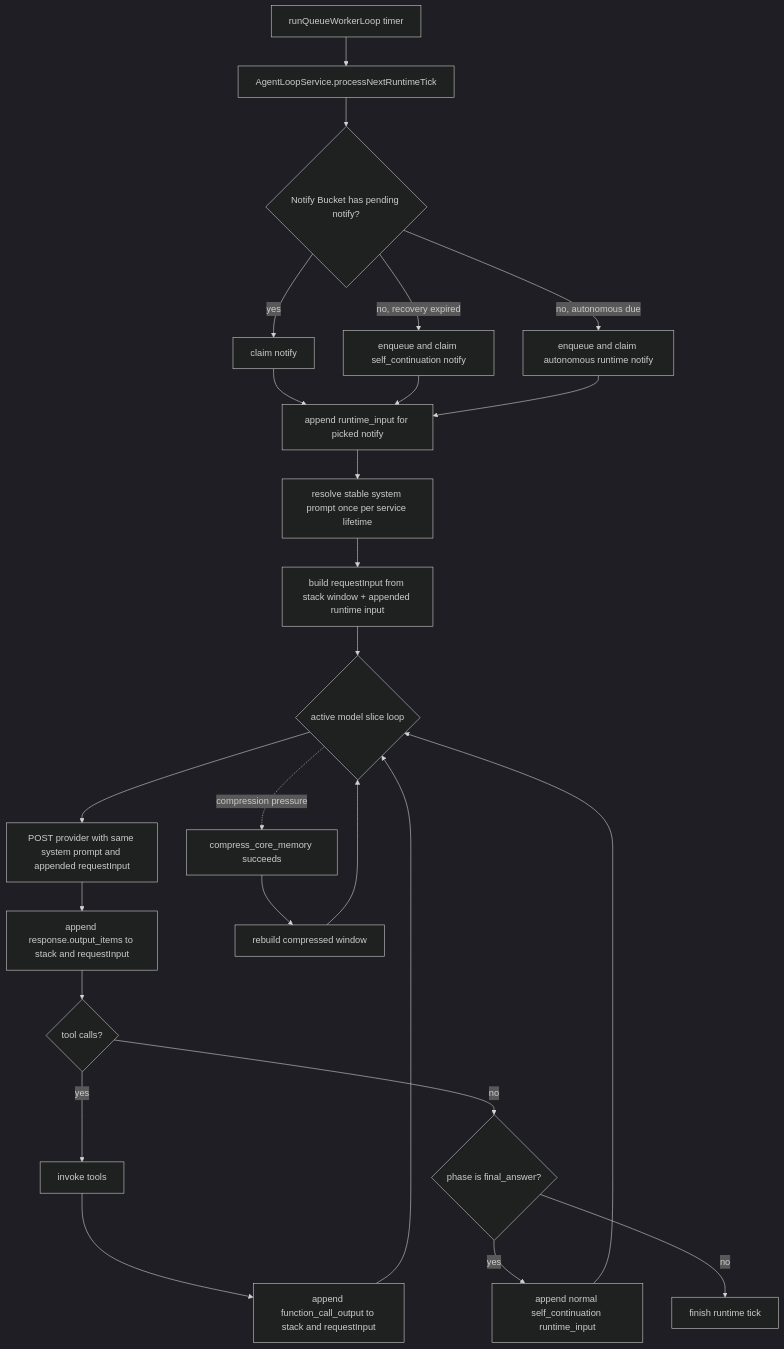
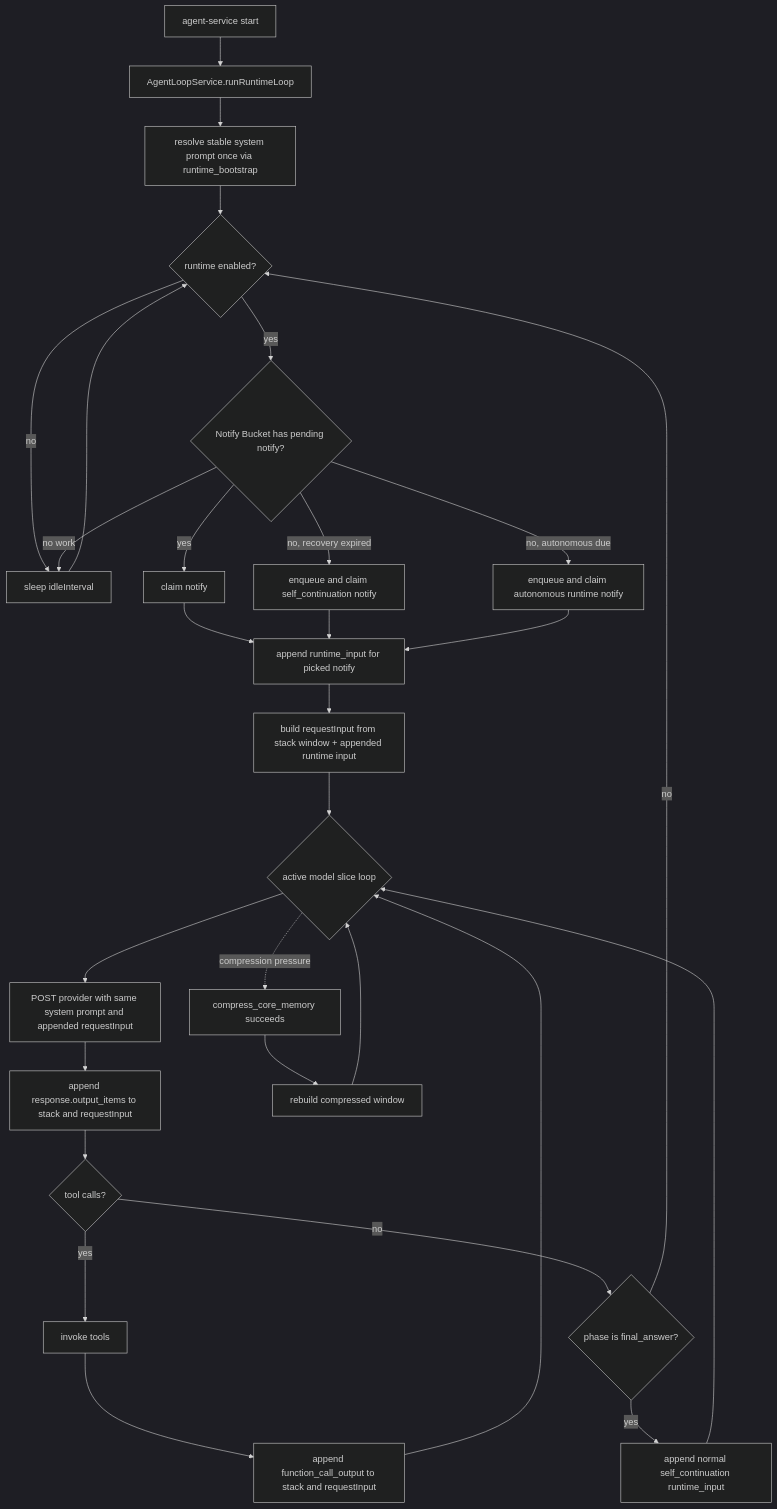
Before and after one commit to Hei-AI/xiaoni_cc: the diagram in docs/XIAONI_AGENT_STACK_LEDGER.md, drawn with Mermaid (dark theme). The commit also changed other lines of this file and 7 other files, not shown here.

Commit message:
fix: move Xiaoni runtime loop into agent service

````diff
--- a/docs/XIAONI_AGENT_STACK_LEDGER.md
+++ b/docs/XIAONI_AGENT_STACK_LEDGER.md
@@ -33,27 +34,31 @@
 ```mermaid
 flowchart TD
-  A[runQueueWorkerLoop timer] --> B[AgentLoopService.processNextRuntimeTick]
-  B --> C{Notify Bucket has pending notify?}
-  C -- yes --> D[claim notify]
-  C -- no, recovery expired --> E[enqueue and claim self_continuation notify]
-  C -- no, autonomous due --> F[enqueue and claim autonomous runtime notify]
-  D --> G[append runtime_input for picked notify]
-  E --> G
-  F --> G
-  G --> H[resolve stable system prompt once per service lifetime]
-  H --> I[build requestInput from stack window + appended runtime input]
-  I --> J{active model slice loop}
-  J --> K[POST provider with same system prompt and appended requestInput]
-  K --> L[append response.output_items to stack and requestInput]
-  L --> M{tool calls?}
-  M -- yes --> N[invoke tools]
-  N --> O[append function_call_output to stack and requestInput]
-  O --> J
-  M -- no --> P{phase is final_answer?}
-  P -- yes --> Q[append normal self_continuation runtime_input]
-  Q --> J
-  P -- no --> R[finish runtime tick]
-  J -. compression pressure .-> S[compress_core_memory succeeds]
-  S --> T[rebuild compressed window]
-  T --> J
+  A[agent-service start] --> B[AgentLoopService.runRuntimeLoop]
+  B --> C[resolve stable system prompt once via runtime_bootstrap]
+  C --> D{runtime enabled?}
+  D -- no --> E[sleep idleInterval]
+  E --> D
+  D -- yes --> F{Notify Bucket has pending notify?}
+  F -- yes --> G[claim notify]
+  F -- no, recovery expired --> H[enqueue and claim self_continuation notify]
+  F -- no, autonomous due --> I[enqueue and claim autonomous runtime notify]
+  F -- no work --> E
+  G --> J[append runtime_input for picked notify]
+  H --> J
+  I --> J
+  J --> K[build requestInput from stack window + appended runtime input]
+  K --> L{active model slice loop}
+  L --> M[POST provider with same system prompt and appended requestInput]
+  M --> N[append response.output_items to stack and requestInput]
+  N --> O{tool calls?}
+  O -- yes --> P[invoke tools]
+  P --> Q[append function_call_output to stack and requestInput]
+  Q --> L
+  O -- no --> R{phase is final_answer?}
+  R -- yes --> S[append normal self_continuation runtime_input]
+  S --> L
+  R -- no --> D
+  L -. compression pressure .-> T[compress_core_memory succeeds]
+  T --> U[rebuild compressed window]
+  U --> L
 ```
````
